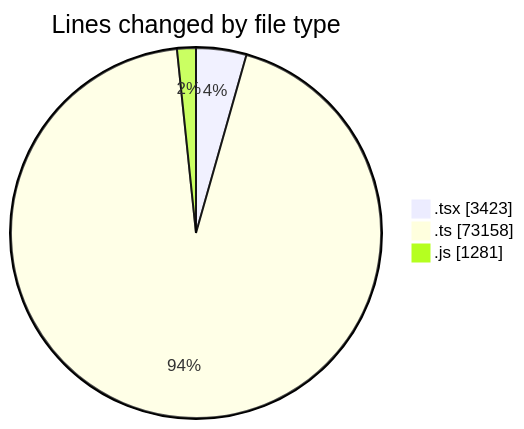
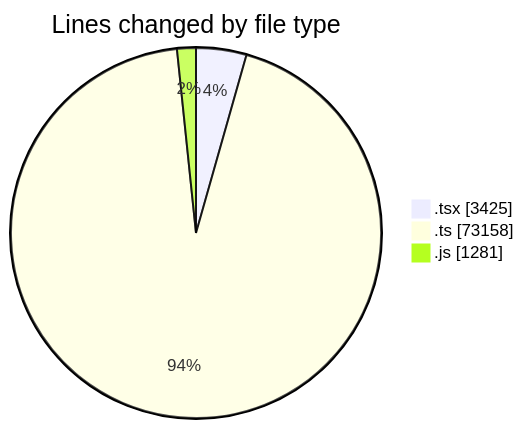
One commit to momahboobian/code-tracking changed the first of 2 diagrams in 2026-11-09/cda/README.md. Above: the diagram before and after it, drawn with Mermaid. The commit also changed other lines of this file and 1 other file, not shown here.

````diff
--- a/2026-11-09/cda/README.md
+++ b/2026-11-09/cda/README.md
@@ -54,7 +54,7 @@
 ```mermaid
 pie showData
 title Lines changed by file type
-".tsx" : 3423
+".tsx" : 3425
 ".ts" : 73158
 ".js" : 1281
 ```
````
